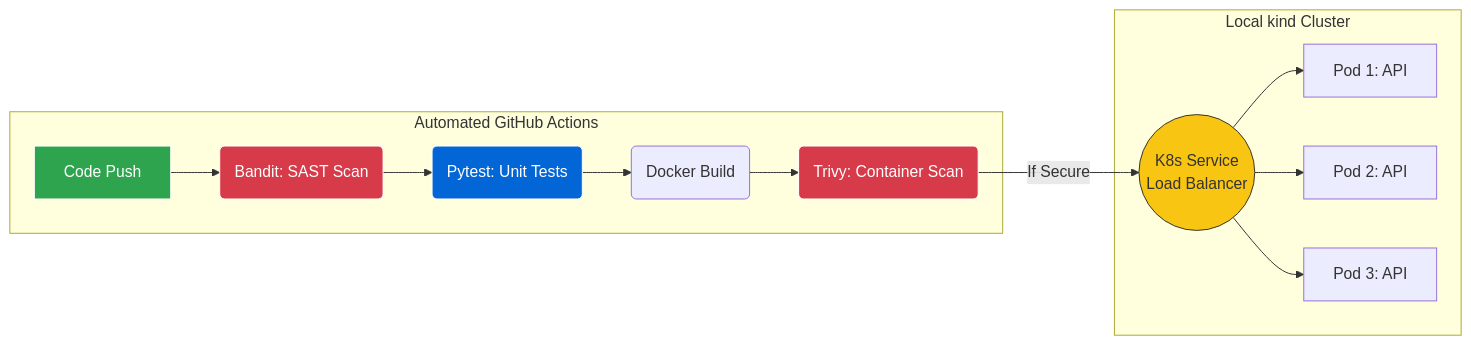
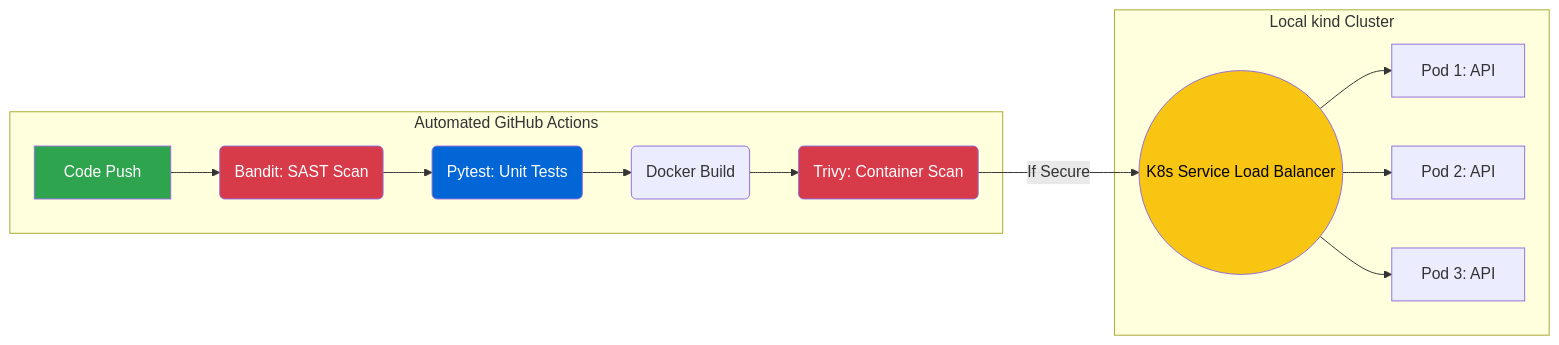
One commit to lsandun/llm-compression-devsecops changed the diagram in README.md. Above: the diagram before and after it, drawn with Mermaid. The commit also changed other lines of this file, not shown here.

Commit message:
Refactor DevSecOps architecture diagram in README
Updated the DevSecOps architecture diagram for clarity and consistency. Modified styles and structure for better readability.

````diff
--- a/README.md
+++ b/README.md
@@ -10,22 +10,22 @@
 ```mermaid
-flowchart LR
-    subgraph CI/CD Pipeline [Automated GitHub Actions]
-        A[Code Push] --> B(Bandit: SAST Scan)
-        B --> C(Pytest: Unit Tests)
-        C --> D(Docker Build)
-        D --> E(Trivy: Container Scan)
+graph LR
+    subgraph ci ["Automated GitHub Actions"]
+        A["Code Push"] --> B("Bandit: SAST Scan")
+        B --> C("Pytest: Unit Tests")
+        C --> D("Docker Build")
+        D --> E("Trivy: Container Scan")
     end
     
-    subgraph Kubernetes Deployment [Local kind Cluster]
-        E -->|If Secure| F((K8s Service\nLoad Balancer))
-        F --> G[Pod 1: API]
-        F --> H[Pod 2: API]
-        F --> I[Pod 3: API]
+    subgraph k8s ["Local kind Cluster"]
+        E -->|"If Secure"| F(("K8s Service Load Balancer"))
+        F --> G["Pod 1: API"]
+        F --> H["Pod 2: API"]
+        F --> I["Pod 3: API"]
     end
     
-    style A fill:#2ea44f,stroke:#fff,color:#fff
-    style B fill:#d73a49,stroke:#fff,color:#fff
-    style C fill:#0366d6,stroke:#fff,color:#fff
-    style E fill:#d73a49,stroke:#fff,color:#fff
-    style F fill:#f9c513,stroke:#333,color:#333
+    style A fill:#2ea44f,color:#fff
+    style B fill:#d73a49,color:#fff
+    style C fill:#0366d6,color:#fff
+    style E fill:#d73a49,color:#fff
+    style F fill:#f9c513,color:#000
 ```
````
